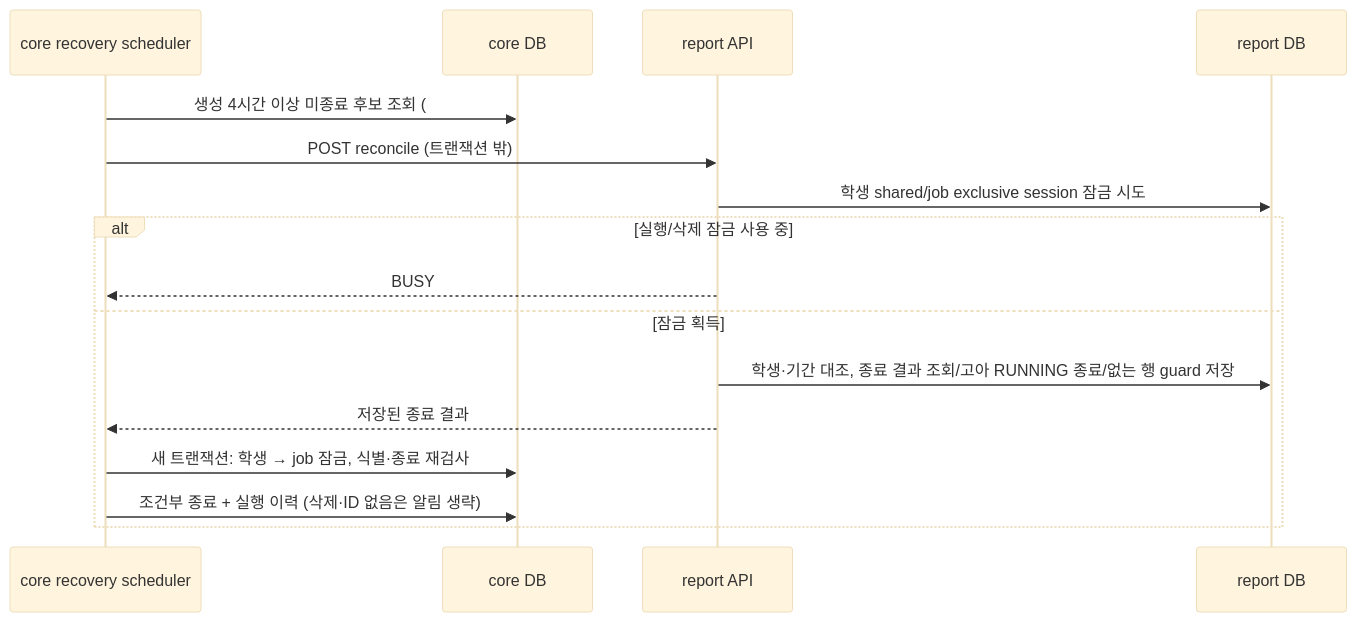
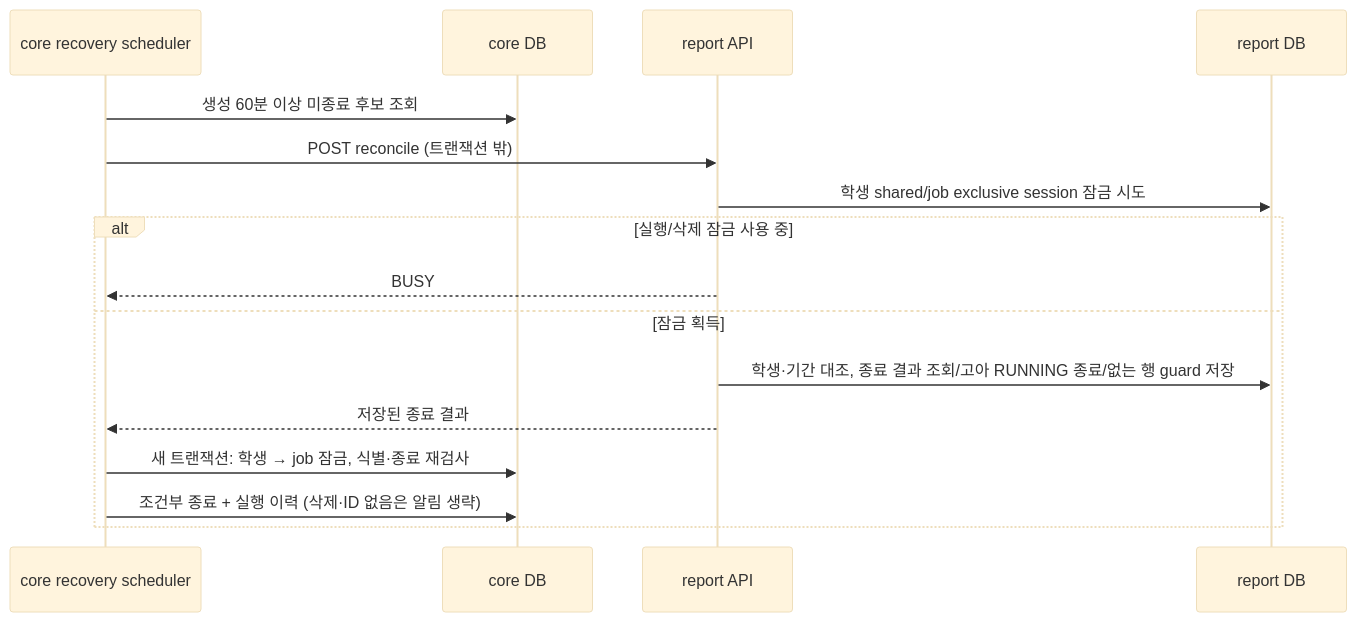
Before and after one commit to SKNETWORKS-FAMILY-AICAMP/SKN34-FINAL-3TEAM: diagram 24 of 36 in docs/design/sequence-diagram.md, drawn with Mermaid (base theme). The commit also changed other lines of this file and 57 other files, not shown here.

````diff
--- a/docs/design/sequence-diagram.md
+++ b/docs/design/sequence-diagram.md
@@ -1063,18 +1049,18 @@
 ```mermaid
 sequenceDiagram
   participant S as core recovery scheduler
   participant C as core DB
   participant R as report API
   participant D as report DB
-  S->>C: 생성 4시간 이상 미종료 후보 조회 (#508)
+  S->>C: 생성 60분 이상 미종료 후보 조회
   S->>R: POST reconcile (트랜잭션 밖)
   R->>D: 학생 shared/job exclusive session 잠금 시도
   alt 실행/삭제 잠금 사용 중
     R-->>S: BUSY
   else 잠금 획득
     R->>D: 학생·기간 대조, 종료 결과 조회/고아 RUNNING 종료/없는 행 guard 저장
     R-->>S: 저장된 종료 결과
     S->>C: 새 트랜잭션: 학생 → job 잠금, 식별·종료 재검사
     S->>C: 조건부 종료 + 실행 이력 (삭제·ID 없음은 알림 생략)
   end
 ```
````
